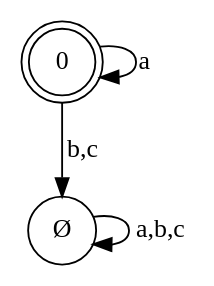
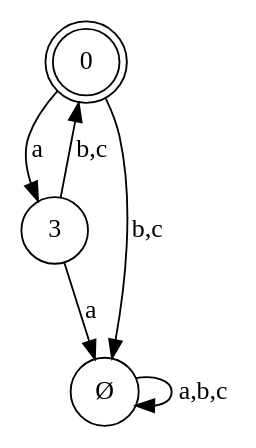
One commit to igorbragaia/CTC-34 changed the diagram in projeto_1/test-output/graph.gv. Above: the diagram before and after it, drawn with Graphviz. The commit also changed 4 other files, not shown here.

```diff
--- a/projeto_1/test-output/graph.gv
+++ b/projeto_1/test-output/graph.gv
@@ -1,7 +1,10 @@
 digraph {
 	0 [shape=doublecircle]
+	3 [shape=circle]
 	"Ø" [shape=circle]
+	0 -> 3 [label=a]
 	"Ø" -> "Ø" [label="a,b,c"]
 	0 -> "Ø" [label="b,c"]
-	0 -> 0 [label=a]
+	3 -> "Ø" [label=a]
+	3 -> 0 [label="b,c"]
 }
```
